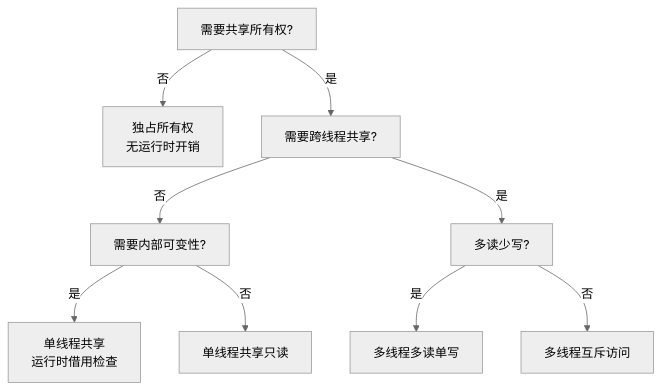
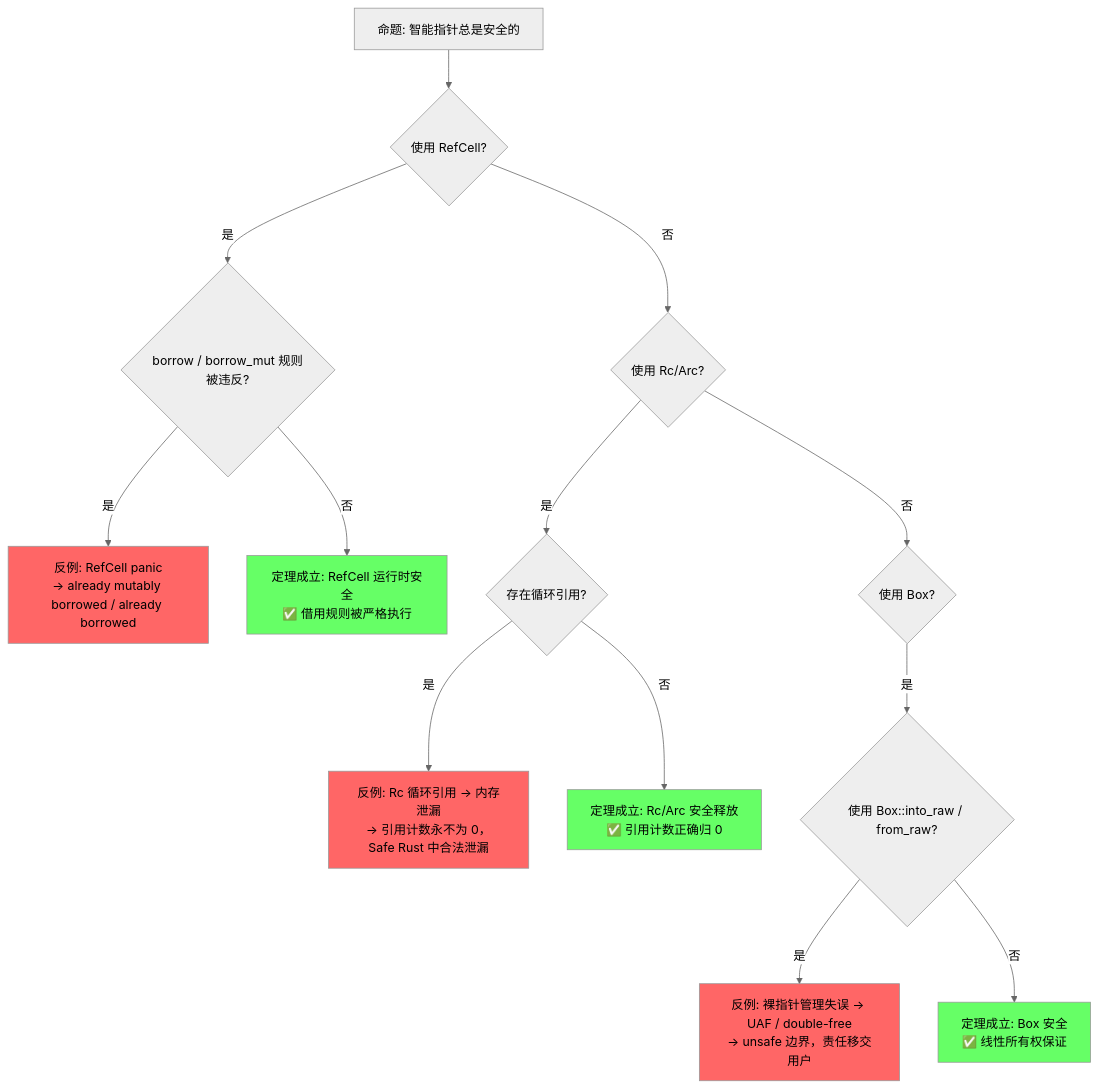
One commit to martin-ly/rust-lang changed the second of 5 diagrams in concept/02_intermediate/03_memory_management.md. Above: the diagram before and after it, drawn with Mermaid (neutral theme). The commit also changed other lines of this file and 12 other files, not shown here.

````diff
--- a/concept/02_intermediate/03_memory_management.md
+++ b/concept/02_intermediate/03_memory_management.md
@@ -170,17 +355,22 @@
 ```mermaid
 graph TD
-    Q1[需要共享所有权?] -->|否| A1[Box<T>]
-    Q1 -->|是| Q2[需要跨线程共享?]
-    Q2 -->|否| Q3[需要内部可变性?]
-    Q2 -->|是| Q4[多读少写?]
-    Q3 -->|是| A2[Rc<RefCell<T>>]
-    Q3 -->|否| A3[Rc<T>]
-    Q4 -->|是| A4[Arc<RwLock<T>>]
-    Q4 -->|否| A5[Arc<Mutex<T>>]
+    P["命题: 智能指针总是安全的"] --> Q1{"使用 RefCell?"}
+    Q1 -->|是| Q2{"borrow / borrow_mut 规则被违反?"}
+    Q1 -->|否| Q3{"使用 Rc/Arc?"}
+    Q2 -->|是| F1["反例: RefCell panic<br/>→ already mutably borrowed / already borrowed"]
+    Q2 -->|否| T1["定理成立: RefCell 运行时安全<br/>✅ 借用规则被严格执行"]
+    Q3 -->|是| Q4{"存在循环引用?"}
+    Q3 -->|否| Q5{"使用 Box?"}
+    Q4 -->|是| F2["反例: Rc 循环引用 → 内存泄漏<br/>→ 引用计数永不为 0，Safe Rust 中合法泄漏"]
+    Q4 -->|否| T2["定理成立: Rc/Arc 安全释放<br/>✅ 引用计数正确归 0"]
+    Q5 -->|是| Q6{"使用 Box::into_raw / from_raw?"}
+    Q6 -->|是| F3["反例: 裸指针管理失误 → UAF / double-free<br/>→ unsafe 边界，责任移交用户"]
+    Q6 -->|否| T3["定理成立: Box 安全<br/>✅ 线性所有权保证"]
 
-    A1[独占所有权<br/>无运行时开销]
-    A2[单线程共享<br/>运行时借用检查]
-    A3[单线程共享只读]
-    A4[多线程多读单写]
-    A5[多线程互斥访问]
+    style F1 fill:#f66
+    style F2 fill:#f66
+    style F3 fill:#f66
+    style T1 fill:#6f6
+    style T2 fill:#6f6
+    style T3 fill:#6f6
 ```
````
